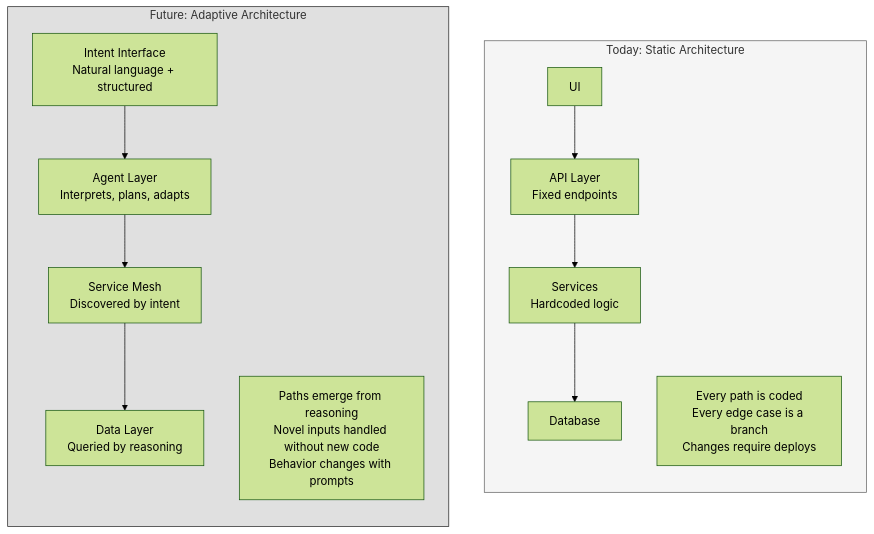
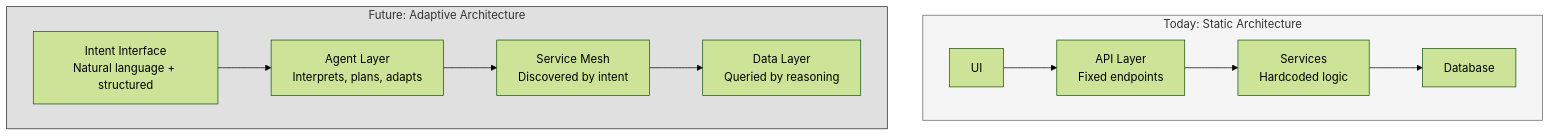
One commit to Shekharrajak/agent-design-patterns changed the first of 9 diagrams in docs/posts/08-the-future-of-software-systems.md. Above: the diagram before and after it, drawn with Mermaid (forest theme). The commit also changed other lines of this file and 7 other files, not shown here.

Commit message:
fix: resolve Mermaid rendering issues across all chapters

````diff
--- a/docs/posts/08-the-future-of-software-systems.md
+++ b/docs/posts/08-the-future-of-software-systems.md
@@ -13,21 +13,17 @@
 ```mermaid
 graph TD
     subgraph TODAY["Today: Static Architecture"]
-        direction TB
         T_UI["UI"] --> T_API["API Layer<br/>Fixed endpoints"]
         T_API --> T_SVC["Services<br/>Hardcoded logic"]
         T_SVC --> T_DB["Database"]
-        T_NOTE["Every path is coded<br/>Every edge case is a branch<br/>Changes require deploys"]
     end
 
     subgraph FUTURE["Future: Adaptive Architecture"]
-        direction TB
         F_UI["Intent Interface<br/>Natural language + structured"] --> F_AGENT["Agent Layer<br/>Interprets, plans, adapts"]
         F_AGENT --> F_SVC["Service Mesh<br/>Discovered by intent"]
         F_SVC --> F_DB["Data Layer<br/>Queried by reasoning"]
-        F_NOTE["Paths emerge from reasoning<br/>Novel inputs handled without new code<br/>Behavior changes with prompts"]
     end
 
     style TODAY fill:#f5f5f5,stroke:#616161
     style FUTURE fill:#e0e0e0,stroke:#212121
 ```
````
